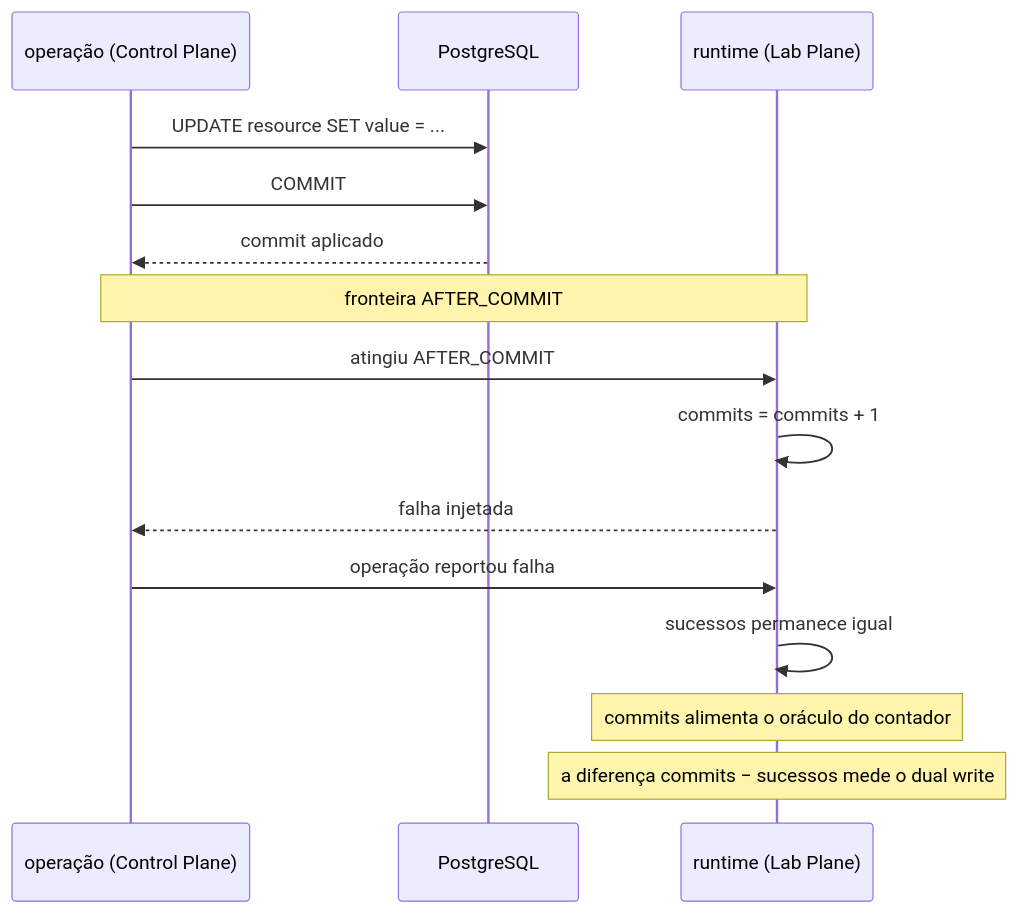
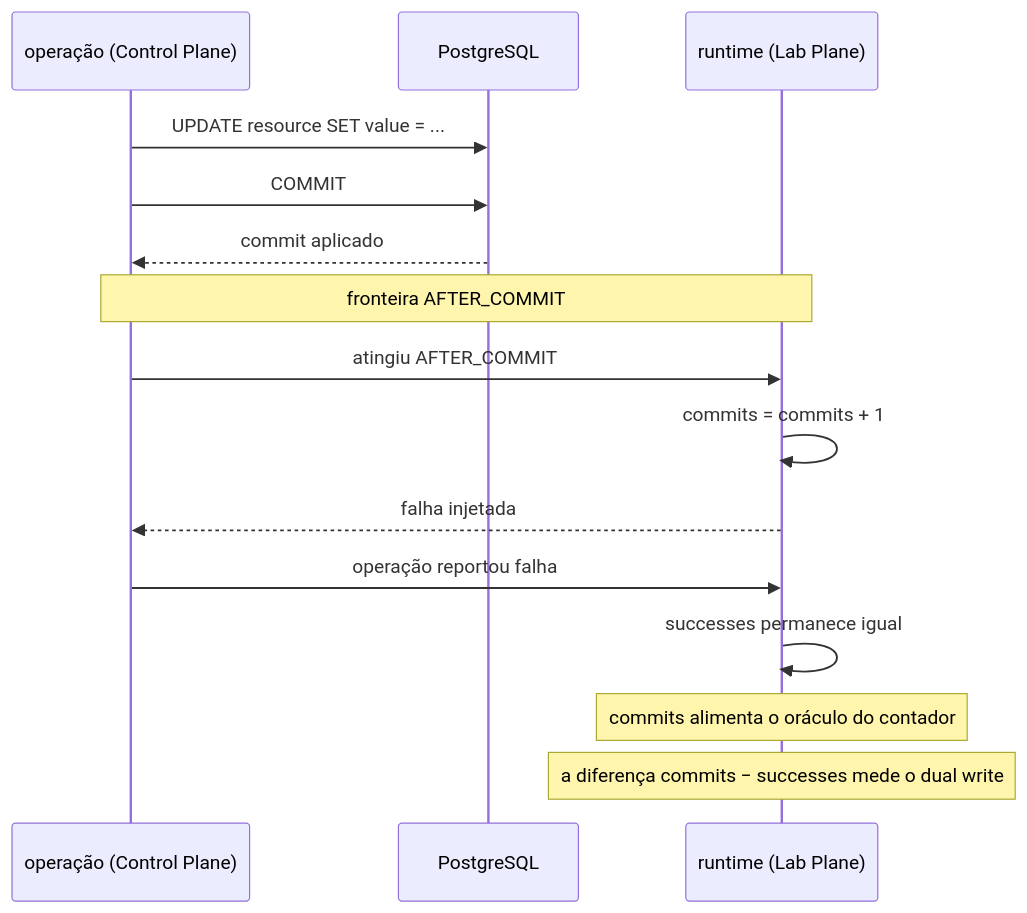
Before and after one commit to da0hn/distributed-systems-experiment-lab: the second of 5 diagrams in docs/adr/0002-o-dominio-minimo-e-os-dois-oraculos.md, drawn with Mermaid. The commit also changed other lines of this file and 22 other files, not shown here.

````diff
--- a/docs/adr/0002-o-dominio-minimo-e-os-dois-oraculos.md
+++ b/docs/adr/0002-o-dominio-minimo-e-os-dois-oraculos.md
@@ -182,17 +182,17 @@
 ```mermaid
 sequenceDiagram
     participant OP as operação (Control Plane)
     participant DB as PostgreSQL
     participant RT as runtime (Lab Plane)
     OP ->> DB: UPDATE resource SET value = ...
     OP ->> DB: COMMIT
     DB -->> OP: commit aplicado
     Note over OP, RT: fronteira AFTER_COMMIT
     OP ->> RT: atingiu AFTER_COMMIT
     RT ->> RT: commits = commits + 1
     RT -->> OP: falha injetada
     OP ->> RT: operação reportou falha
-    RT ->> RT: sucessos permanece igual
+    RT ->> RT: successes permanece igual
     Note over RT: commits alimenta o oráculo do contador
-    Note over RT: a diferença commits − sucessos mede o dual write
+    Note over RT: a diferença commits − successes mede o dual write
 ```
````
